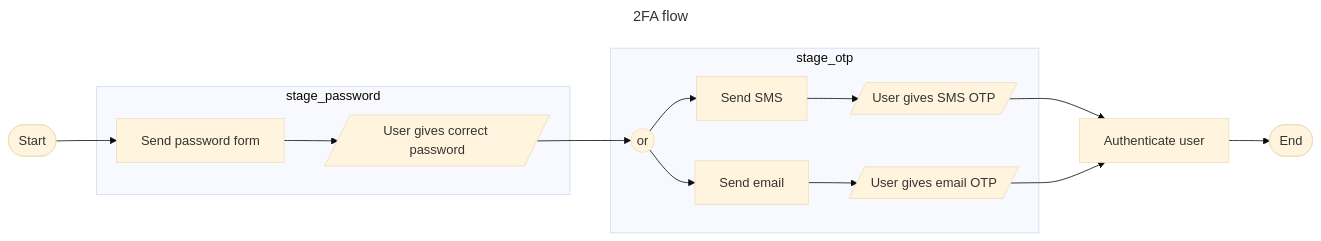
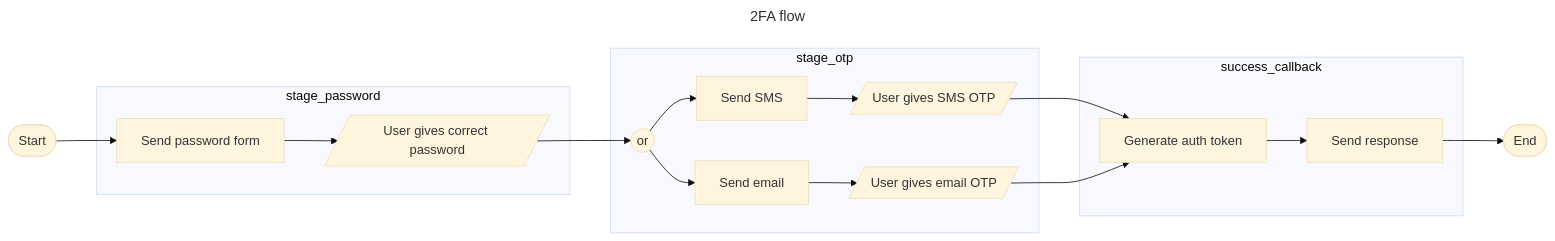
One commit to weareyipyip/charon_login changed the diagram in README.md. Above: the diagram before and after it, drawn with Mermaid (base theme). The commit also changed other lines of this file and 2 other files, not shown here.

Commit message:
Add conn to success callback; Update README to reflecte succal

````diff
--- a/README.md
+++ b/README.md
@@ -52,31 +52,35 @@
 ```mermaid
 ---
 title: 2FA flow
 ---
 flowchart LR
       start([Start])
       stop([End])
       pw_form[Send password form]
       pw_in[/User gives correct password/]
       or((or))
       sms_start[Send SMS]
       sms_in[/User gives SMS OTP/]
       email_start[Send email]
       email_in[/User gives email OTP/]
-      auth[Authenticate user]
+      token[Generate auth token]
+      response[Send response]
 
       start --> pw_form
       subgraph stage_password
       pw_form --> pw_in
       end
       subgraph stage_otp
       pw_in --> or
       or --> sms_start
       or --> email_start
       sms_start --> sms_in
       email_start --> email_in
       end
-      sms_in --> auth
-      email_in --> auth
-      auth --> stop
+      subgraph success_callback
+      sms_in --> token
+      email_in --> token
+      token --> response
+      end
+      response --> stop
 ```
````
